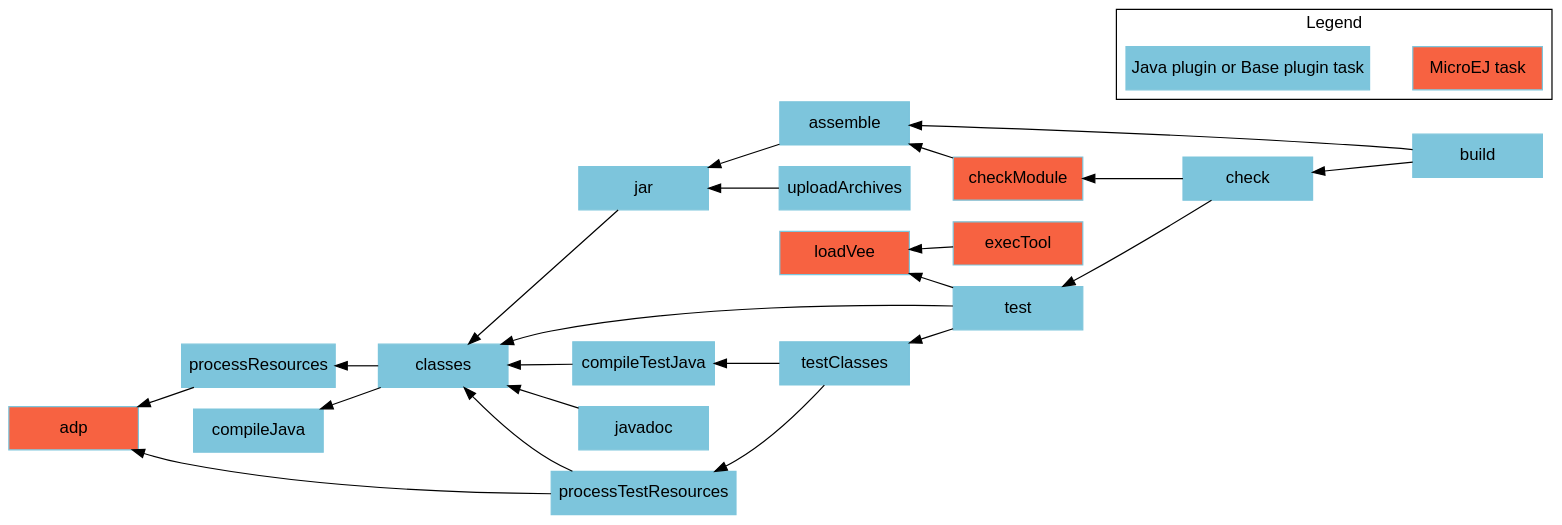
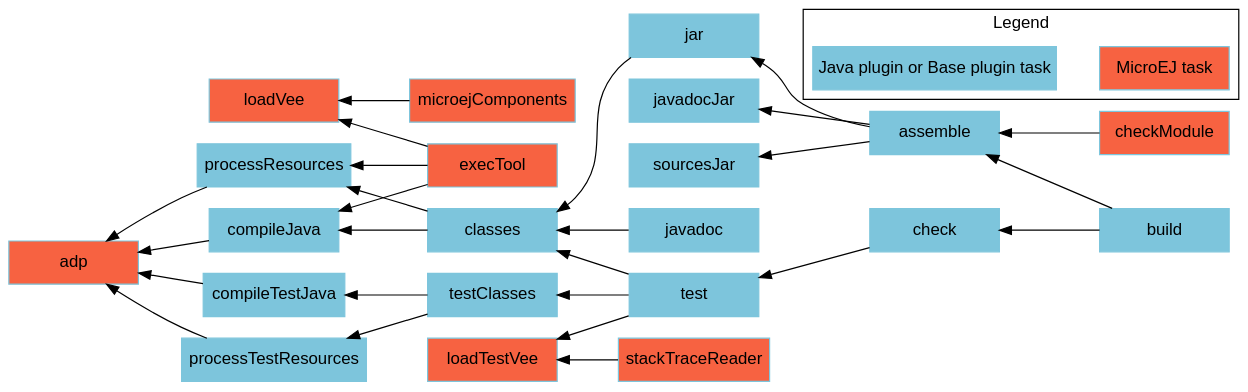
Before and after one commit to MicroEJ/docs: the diagram in SDK6UserGuide/graphAddonLibraryModule.dot, drawn with Graphviz. The commit also changed 5 other files, not shown here.

Commit message:
Update graphviz graphs for sdk6 module natures

```diff
--- a/SDK6UserGuide/graphAddonLibraryModule.dot
+++ b/SDK6UserGuide/graphAddonLibraryModule.dot
@@ -1,46 +1,53 @@
 digraph mygraph {
     rankdir="RL";
     bgcolor="transparent"
     fontname="Helvetica,Arial,sans-serif"
     node [
         shape = box
         width = 1.5
         color = "#7dc5dc"
         style = filled
         fontname="Helvetica,Arial,sans-serif"
     ]
     edge [fontname="Helvetica,Arial,sans-serif"]
     "adp" [fillcolor = "#f76241"]
     "checkModule" [fillcolor = "#f76241"]
     "loadVee" [fillcolor = "#f76241"]
     "execTool" [fillcolor = "#f76241"]
+    "microejComponents" [fillcolor = "#f76241"]
+    "loadTestVee" [fillcolor = "#f76241"]
+    "stackTraceReader" [fillcolor = "#f76241"]
+    "build" -> "assemble"
     "build" -> "check"
+    "assemble" -> "jar"
+    "assemble" -> "javadocJar"
+    "assemble" -> "sourcesJar"
+    "jar" -> "classes"
+    "javadoc" -> "classes"
+    "classes" -> "compileJava"
+    "classes" -> "processResources"
+    "compileJava" -> "adp"
+    "processResources" -> "adp"
     "check" -> "test"
     "test" -> "classes"
     "test" -> "testClasses"
-    "test" -> "loadVee"
+    "test" -> "loadTestVee"
     "testClasses" -> "compileTestJava"
     "testClasses" -> "processTestResources"
-    "processResources" -> "adp"
     "processTestResources" -> "adp"
-    "processTestResources" -> "classes"
-    "compileTestJava" -> "classes"
-    "javadoc" -> "classes"
-    "classes" -> "compileJava"
-    "classes" -> "processResources"
-    "build" -> "assemble"
-    "assemble" -> "jar"
-    "uploadArchives" -> "jar"
-    "jar" -> "classes"
+    "compileTestJava" -> "adp"
     "checkModule" -> "assemble"
-    "check" -> "checkModule"
+    "execTool" -> "compileJava"
+    "execTool" -> "processResources"
     "execTool" -> "loadVee"
+    "stackTraceReader" -> "loadTestVee"
+    "microejComponents" -> "loadVee"
 
     subgraph cluster_legend {
         label="Legend";
         microej [fillcolor="#f76241" label="MicroEJ task"];
         java [fillcolor="#7dc5dc" label="Java plugin or Base plugin task"];
         microej -> java [style=invis];
         java -> microej [style=invis];
     }
 }
```
